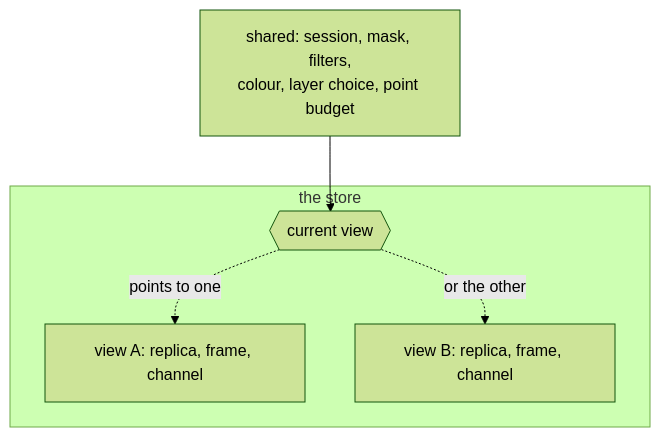
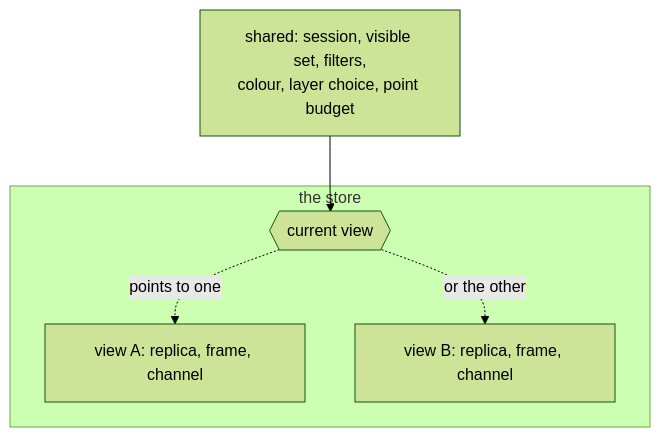
Before and after one commit to jennis0/tesseradb: the fourth of 4 diagrams in docs/system/clients.md, drawn with Mermaid (forest theme). The commit also changed other lines of this file and 5 other files, not shown here.

````diff
--- a/docs/system/clients.md
+++ b/docs/system/clients.md
@@ -174,12 +174,12 @@
 ```mermaid
 flowchart TB
-  shared["shared: session, mask, filters,<br/>colour, layer choice, point budget"]
+  shared["shared: session, visible set, filters,<br/>colour, layer choice, point budget"]
   subgraph store["the store"]
     cur{{"current view"}}
     A["view A: replica, frame, channel"]
     B["view B: replica, frame, channel"]
   end
   shared --> cur
   cur -. "points to one" .-> A
   cur -. "or the other" .-> B
 ```
````
